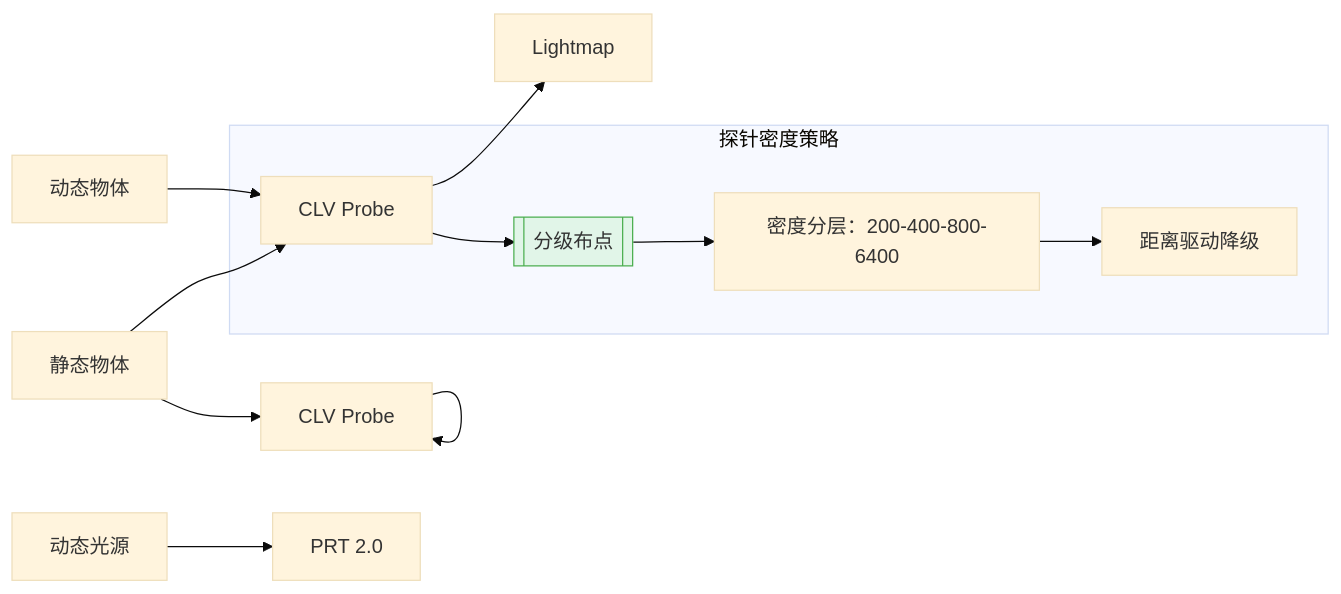
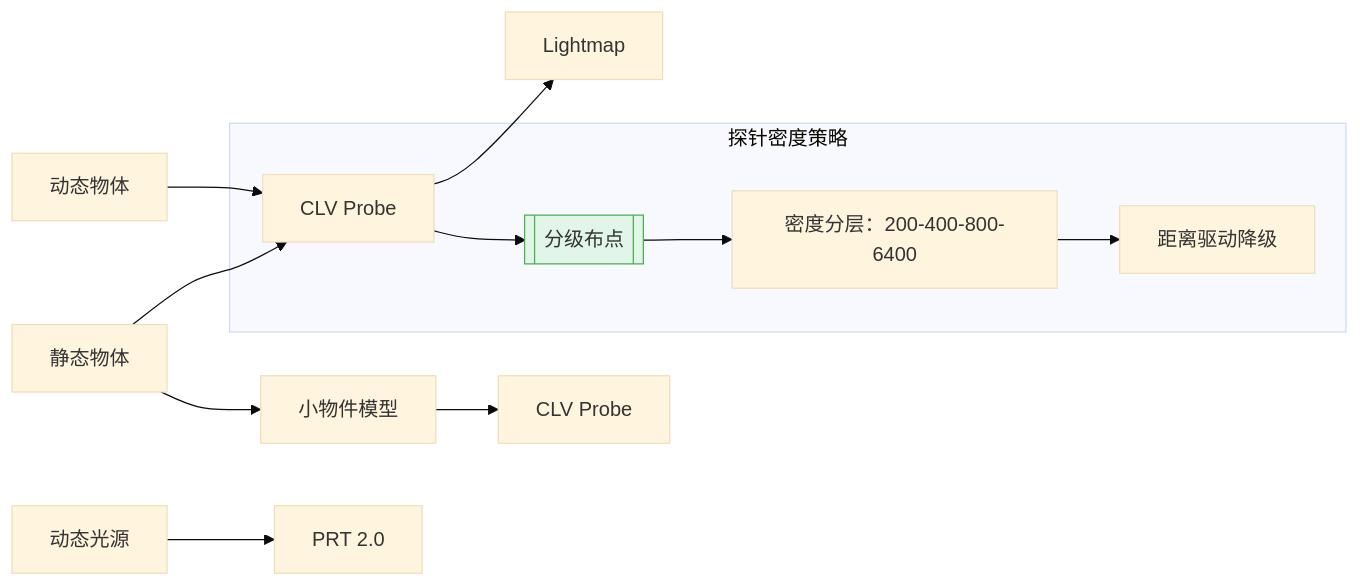
One commit to archieluan/iodraw-files changed the diagram in all/未命名-5.md. Above: the diagram before and after it, drawn with Mermaid (base theme).

Commit message:
2025-07-08 11:04:13 update

````diff
--- a/all/未命名-5.md
+++ b/all/未命名-5.md
@@ -1,21 +1,21 @@
 ```mermaid
 graph LR
   %% 保留原基础框架
   A[静态物体] --> B1[重点模型] --> B2[Lightmap]
-  A --> A1[小物件模型] --> A1[CLV Probe]
+  A --> A1[小物件模型] --> A2[CLV Probe]
   
   %% 新增分级标注
   subgraph 探针密度策略
     B1 --> C[[分级布点]]
     C --> C1["密度分层：200-400-800-6400"]
     C1 --> C2["距离驱动降级"]
     style C fill:#e1f5e8,stroke:#4caf50
   end
   
   %% 动态部分严格区分
   D[动态物体] --> B1[CLV Probe] 
 
 
   
   E[动态光源] --> E1[PRT 2.0]
 ```
````
